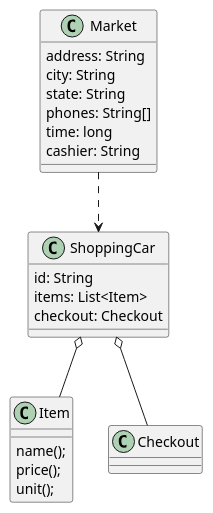
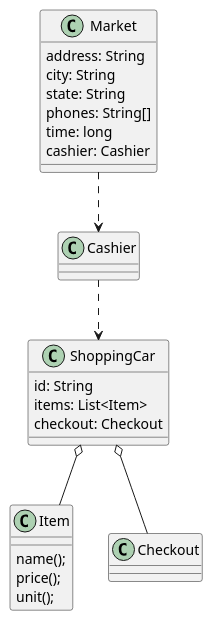
One commit to mwangxx0129/java-study changed the diagram in src/com/xinxin/shoppingCar/shoppingCar.puml. Above: the diagram before and after it, drawn with PlantUML. The commit also changed 26 other files, not shown here.

```diff
--- a/src/com/xinxin/shoppingCar/shoppingCar.puml
+++ b/src/com/xinxin/shoppingCar/shoppingCar.puml
@@ -1,38 +1,40 @@
 @startuml
 'https://plantuml.com/class-diagram
 
 abstract class Market
 
 class ShoppingCar
 class Item
 
 class Checkout
 
 class Item {
 name();
 price();
 unit();
 }
 
 class ShoppingCar {
     id: String
     items: List<Item>
     checkout: Checkout
 }
 
 class Market {
     address: String
     city: String
     state: String
     phones: String[]
     time: long
-    cashier: String
+    cashier: Cashier
 }
+
 ShoppingCar o-- Item
 ShoppingCar o-- Checkout
-Market ..> ShoppingCar
+Cashier ..> ShoppingCar
+Market ..> Cashier
 
 
 
 
 @enduml
```
